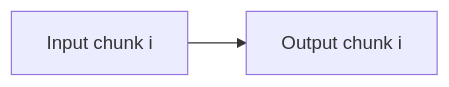
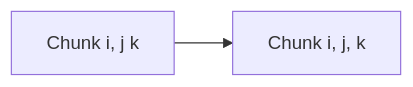
One commit to HEFTIEProject/heftie-textbook changed the first of 3 diagrams in book/4-processing.md. Above: the diagram before and after it, drawn with Mermaid. The commit also changed other lines of this file, not shown here.

````diff
--- a/book/4-processing.md
+++ b/book/4-processing.md
@@ -37,7 +39,7 @@
 ```{mermaid}
     flowchart LR
         input_i --> output_i
-        
-        output_i["Output chunk i"]
-        input_i["Input chunk i"]
+
+        output_i["Chunk i, j, k"]
+        input_i["Chunk i, j k"]
 ```
````
